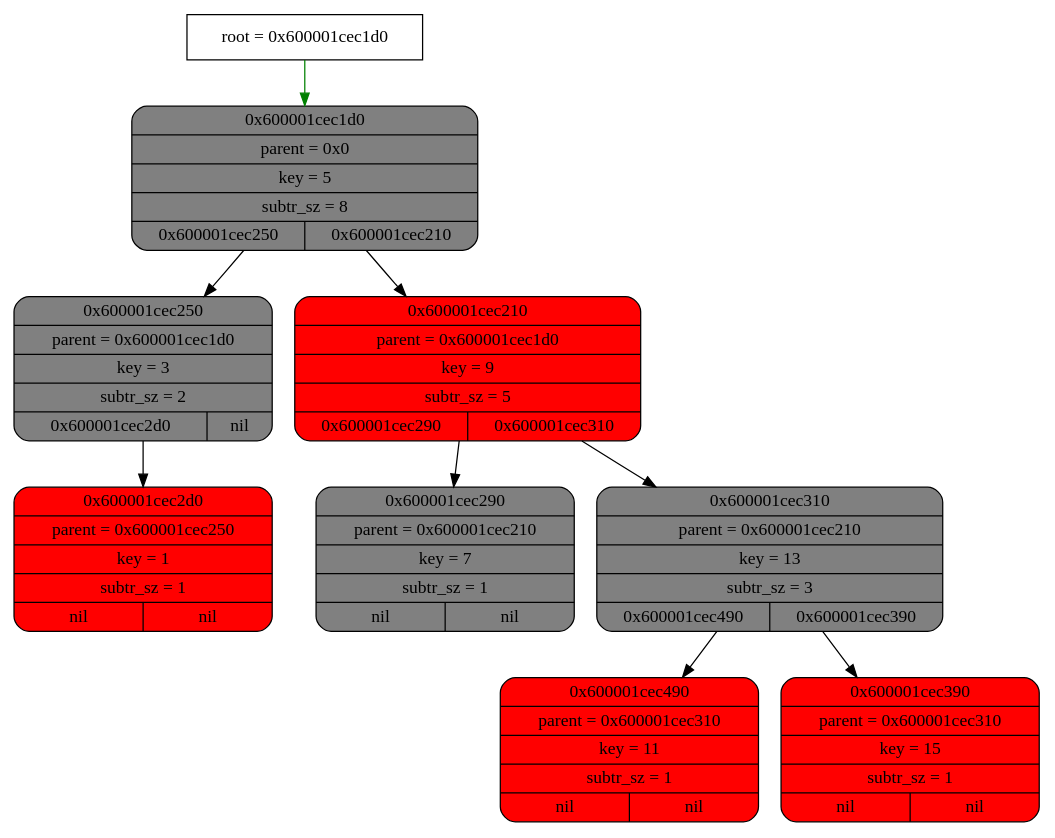
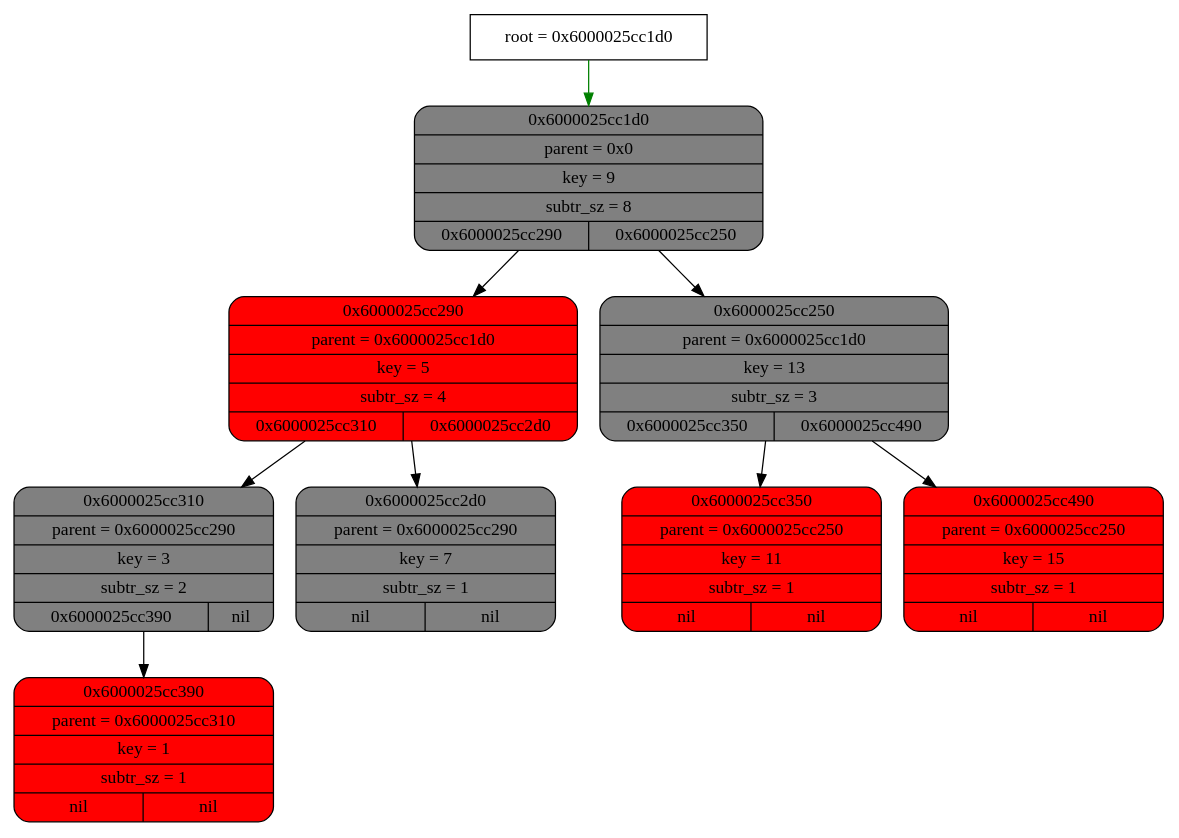
One commit to esgalimov/tree changed the diagram in graphviz.dot. Above: the diagram before and after it, drawn with Graphviz. The commit also changed 4 other files, not shown here.

```diff
--- a/graphviz.dot
+++ b/graphviz.dot
@@ -1,30 +1,30 @@
 digraph
 {
-    node_info[shape = record, label = "{root = 0x600001cec1d0}"];
+    node_info[shape = record, label = "{root = 0x6000025cc1d0}"];
 
-    node_info->node_0x600001cec1d0 [color = "green"];
-    node_0x600001cec1d0[shape = Mrecord, label = "{{0x600001cec1d0} | {parent =  0x0} | {key = 5} | {subtr_sz = 8} | {0x600001cec250| 0x600001cec210}}",
+    node_info->node_0x6000025cc1d0 [color = "green"];
+    node_0x6000025cc1d0[shape = Mrecord, label = "{{0x6000025cc1d0} | {parent =  0x0} | {key = 9} | {subtr_sz = 8} | {0x6000025cc290| 0x6000025cc250}}",
  style="filled", fillcolor="grey"];
-    node_0x600001cec250[shape = Mrecord, label = "{{0x600001cec250} | {parent =  0x600001cec1d0} | {key = 3} | {subtr_sz = 2} | {0x600001cec2d0| nil}}",
+    node_0x6000025cc290[shape = Mrecord, label = "{{0x6000025cc290} | {parent =  0x6000025cc1d0} | {key = 5} | {subtr_sz = 4} | {0x6000025cc310| 0x6000025cc2d0}}",
+ style="filled", fillcolor="red"];
+    node_0x6000025cc310[shape = Mrecord, label = "{{0x6000025cc310} | {parent =  0x6000025cc290} | {key = 3} | {subtr_sz = 2} | {0x6000025cc390| nil}}",
  style="filled", fillcolor="grey"];
-    node_0x600001cec2d0[shape = Mrecord, label = "{{0x600001cec2d0} | {parent =  0x600001cec250} | {key = 1} | {subtr_sz = 1} | {nil | nil}}",
+    node_0x6000025cc390[shape = Mrecord, label = "{{0x6000025cc390} | {parent =  0x6000025cc310} | {key = 1} | {subtr_sz = 1} | {nil | nil}}",
  style="filled", fillcolor="red"];
-    node_0x600001cec210[shape = Mrecord, label = "{{0x600001cec210} | {parent =  0x600001cec1d0} | {key = 9} | {subtr_sz = 5} | {0x600001cec290| 0x600001cec310}}",
+    node_0x6000025cc2d0[shape = Mrecord, label = "{{0x6000025cc2d0} | {parent =  0x6000025cc290} | {key = 7} | {subtr_sz = 1} | {nil | nil}}",
+ style="filled", fillcolor="grey"];
+    node_0x6000025cc250[shape = Mrecord, label = "{{0x6000025cc250} | {parent =  0x6000025cc1d0} | {key = 13} | {subtr_sz = 3} | {0x6000025cc350| 0x6000025cc490}}",
+ style="filled", fillcolor="grey"];
+    node_0x6000025cc350[shape = Mrecord, label = "{{0x6000025cc350} | {parent =  0x6000025cc250} | {key = 11} | {subtr_sz = 1} | {nil | nil}}",
  style="filled", fillcolor="red"];
-    node_0x600001cec290[shape = Mrecord, label = "{{0x600001cec290} | {parent =  0x600001cec210} | {key = 7} | {subtr_sz = 1} | {nil | nil}}",
- style="filled", fillcolor="grey"];
-    node_0x600001cec310[shape = Mrecord, label = "{{0x600001cec310} | {parent =  0x600001cec210} | {key = 13} | {subtr_sz = 3} | {0x600001cec490| 0x600001cec390}}",
- style="filled", fillcolor="grey"];
-    node_0x600001cec490[shape = Mrecord, label = "{{0x600001cec490} | {parent =  0x600001cec310} | {key = 11} | {subtr_sz = 1} | {nil | nil}}",
+    node_0x6000025cc490[shape = Mrecord, label = "{{0x6000025cc490} | {parent =  0x6000025cc250} | {key = 15} | {subtr_sz = 1} | {nil | nil}}",
  style="filled", fillcolor="red"];
-    node_0x600001cec390[shape = Mrecord, label = "{{0x600001cec390} | {parent =  0x600001cec310} | {key = 15} | {subtr_sz = 1} | {nil | nil}}",
- style="filled", fillcolor="red"];
-    node_0x600001cec1d0->node_0x600001cec250
-    node_0x600001cec1d0->node_0x600001cec210
-    node_0x600001cec210->node_0x600001cec290
-    node_0x600001cec210->node_0x600001cec310
-    node_0x600001cec310->node_0x600001cec490
-    node_0x600001cec310->node_0x600001cec390
-    node_0x600001cec250->node_0x600001cec2d0
+    node_0x6000025cc1d0->node_0x6000025cc290
+    node_0x6000025cc1d0->node_0x6000025cc250
+    node_0x6000025cc250->node_0x6000025cc350
+    node_0x6000025cc250->node_0x6000025cc490
+    node_0x6000025cc290->node_0x6000025cc310
+    node_0x6000025cc290->node_0x6000025cc2d0
+    node_0x6000025cc310->node_0x6000025cc390
 
 }
```
